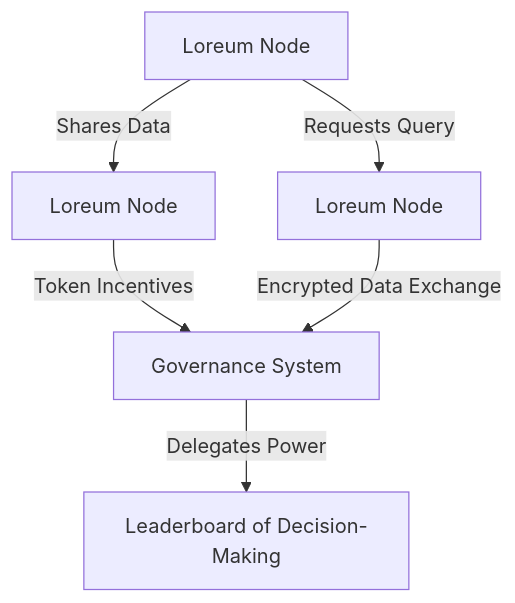
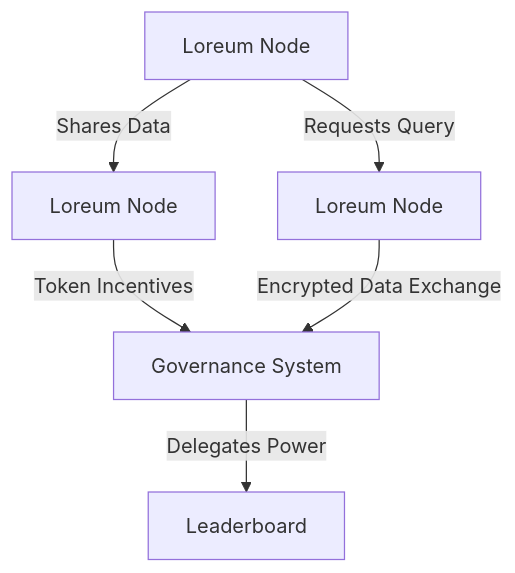
The diagram in docs/intro.md (loreum-org/loreum-org.github.io), drawn with Mermaid before and after one commit. The commit also changed other lines of this file and 1 other file, not shown here.

````diff
--- a/docs/intro.md
+++ b/docs/intro.md
@@ -36,8 +36,8 @@
 ```mermaid
 graph TD
     A[Loreum Node] -->|Shares Data| B[Loreum Node]
     A -->|Requests Query| C[Loreum Node]
     B -->|Token Incentives| D[Governance System]
     C -->|Encrypted Data Exchange| D
-    D -->|Delegates Power| E[Leaderboard of Decision-Making]
+    D -->|Delegates Power| E[Leaderboard]
 ```
````
